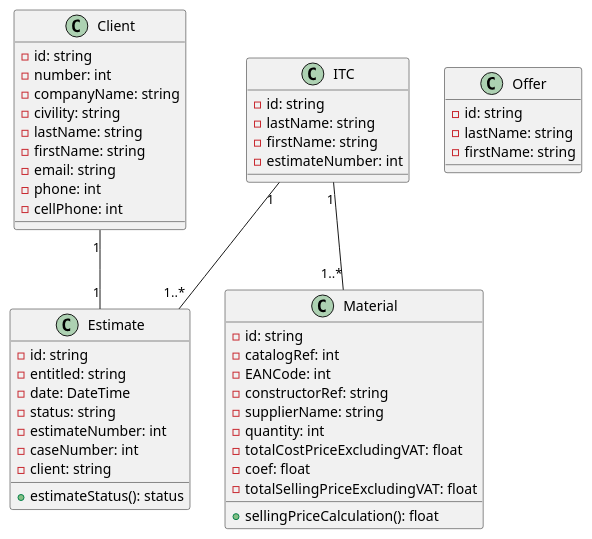
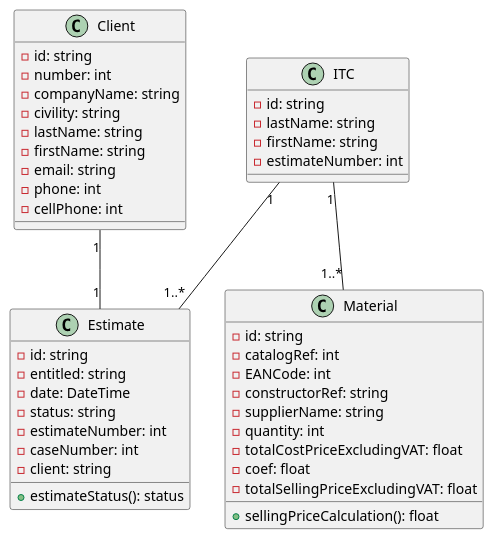
Before and after one commit to F067/New-Isco: the diagram in umlDiagrammAurelie.puml, drawn with PlantUML.

Commit message:
end diagramm Aurélie

```diff
--- a/umlDiagrammAurelie.puml
+++ b/umlDiagrammAurelie.puml
@@ -1,56 +1,50 @@
 @startuml
 
 class Client {
     -id: string
     -number: int
     -companyName: string
     -civility: string
     -lastName: string
     -firstName: string
     -email: string
     -phone: int
     -cellPhone: int
 }
 
 class Estimate {
     -id: string
     -entitled: string
     -date: DateTime
     -status: string
     -estimateNumber: int
     -caseNumber: int
     -client: string
     +estimateStatus(): status
 }
 
 class ITC {
     -id: string
     -lastName: string
     -firstName: string
     -estimateNumber: int
 }
 
-class Offer {
-    -id: string
-    -lastName: string
-    -firstName: string
-}
-
 class Material {
     -id: string
     -catalogRef: int
     -EANCode: int
     -constructorRef: string
     -supplierName: string
     -quantity: int
     -totalCostPriceExcludingVAT: float
     -coef: float 
     -totalSellingPriceExcludingVAT: float
     +sellingPriceCalculation(): float
 }
 
 Client "1" -- "1" Estimate
 ITC "1" -- "1..*" Estimate 
 ITC "1" -- "1..*" Material 
 
 @enduml
```
